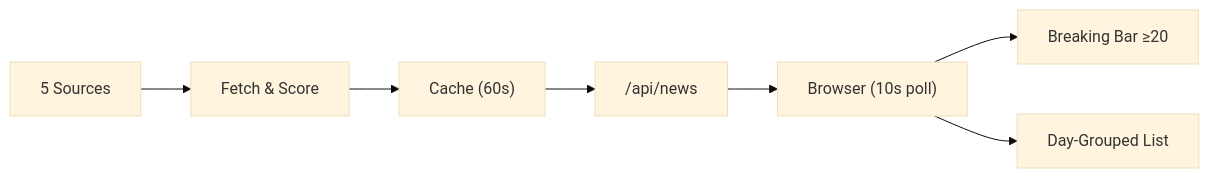
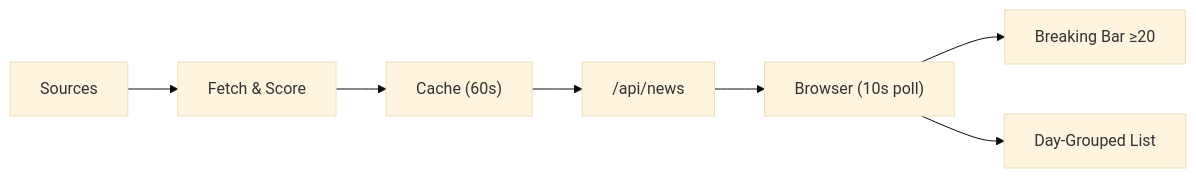
The diagram in README.md (RehanMohammed985/Orbiter), drawn with Mermaid (base theme) before and after one commit.

Commit message:
Fix typo in pipeline sources diagram

````diff
--- a/README.md
+++ b/README.md
@@ -13,9 +13,9 @@
 ```mermaid
 flowchart LR
-    S["5 Sources"] --> F["Fetch & Score"]
+    S["Sources"] --> F["Fetch & Score"]
     F --> C["Cache (60s)"]
     C --> A["/api/news"]
     A --> B["Browser (10s poll)"]
     B --> H["Breaking Bar ≥20"]
     B --> L["Day-Grouped List"]
 ```
````
